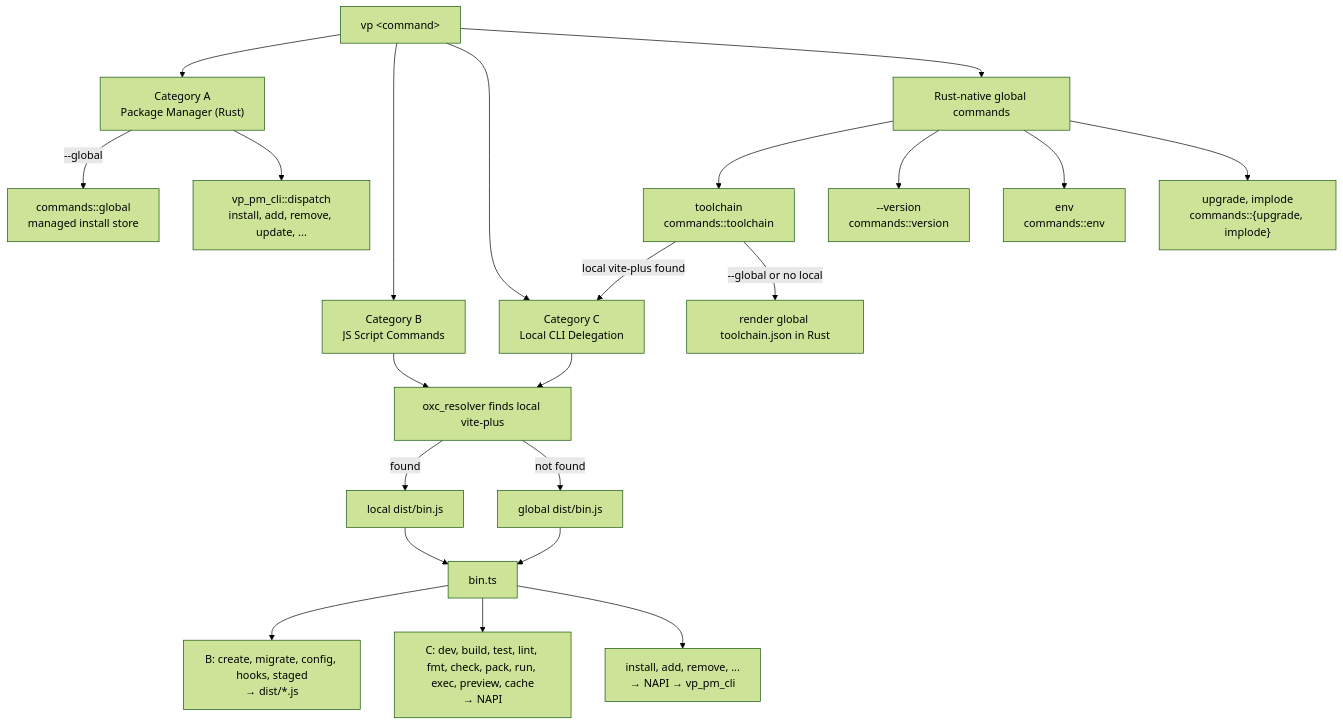
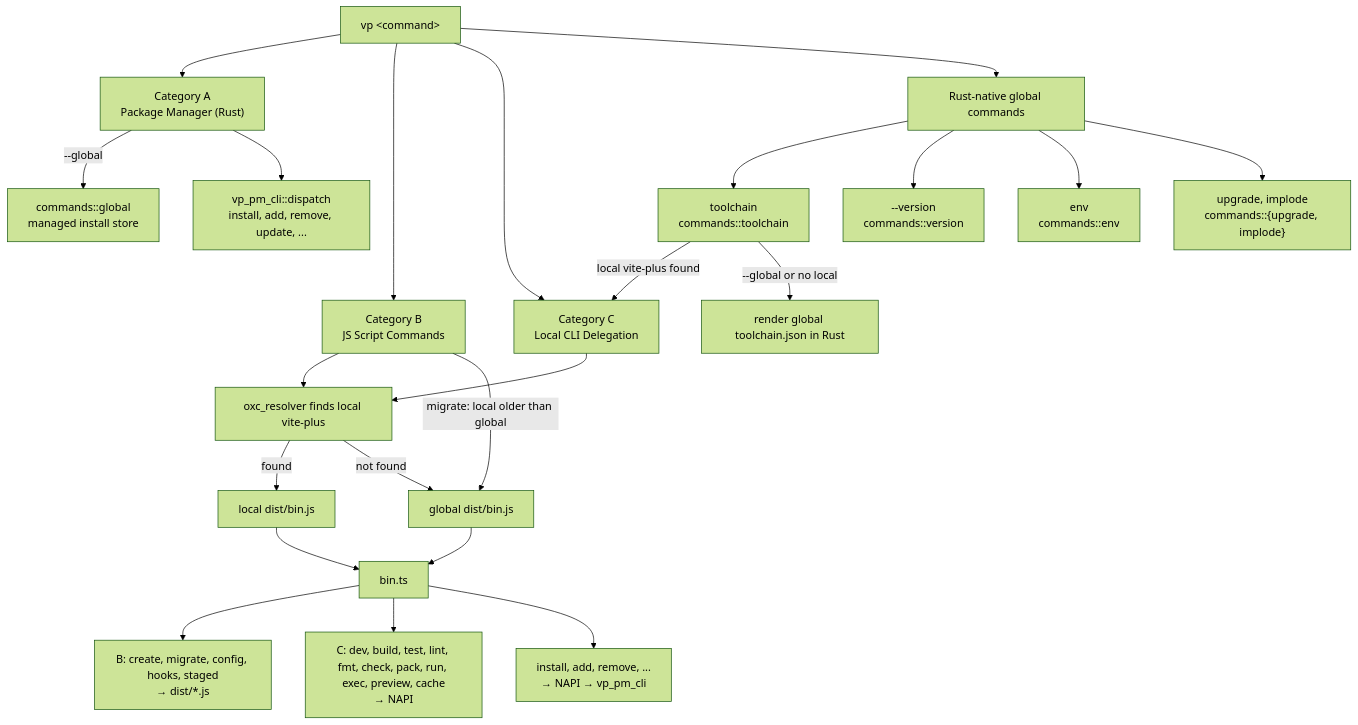
Before and after one commit to voidzero-dev/vite-plus: the diagram in rfcs/merge-global-and-local-cli.md, drawn with Mermaid (forest theme). The commit also changed other lines of this file, not shown here.

First line of the commit message:
docs(rfcs): document migrate's version-aware escalation to the global CLI

````diff
--- a/rfcs/merge-global-and-local-cli.md
+++ b/rfcs/merge-global-and-local-cli.md
@@ -113,29 +113,30 @@
 ```mermaid
 flowchart TD
     vp["vp &lt;command&gt;"]
 
     vp --> A["Category A<br/>Package Manager (Rust)"]
     vp --> B["Category B<br/>JS Script Commands"]
     vp --> C["Category C<br/>Local CLI Delegation"]
     vp --> G["Rust-native global commands"]
 
     A -->|"--global"| managed["commands::global<br/>managed install store"]
     A --> pm["vp_pm_cli::dispatch<br/>install, add, remove, update, ..."]
 
     B --> resolve
+    B -->|"migrate: local older than global"| globalBin
     C --> resolve["oxc_resolver finds local vite-plus"]
     resolve -->|found| localBin["local dist/bin.js"]
     resolve -->|not found| globalBin["global dist/bin.js"]
     localBin --> binTs
     globalBin --> binTs["bin.ts"]
     binTs --> js["B: create, migrate, config, hooks, staged<br/>→ dist/*.js"]
     binTs --> napi["C: dev, build, test, lint, fmt, check, pack, run, exec, preview, cache<br/>→ NAPI"]
     binTs --> napiPm["install, add, remove, ...<br/>→ NAPI → vp_pm_cli"]
 
     G --> toolchain["toolchain<br/>commands::toolchain"]
     toolchain -->|"local vite-plus found"| C
     toolchain -->|"--global or no local"| manifest["render global toolchain.json in Rust"]
     G --> version["--version<br/>commands::version"]
     G --> env["env<br/>commands::env"]
     G --> selfmgmt["upgrade, implode<br/>commands::{upgrade, implode}"]
 ```
````
